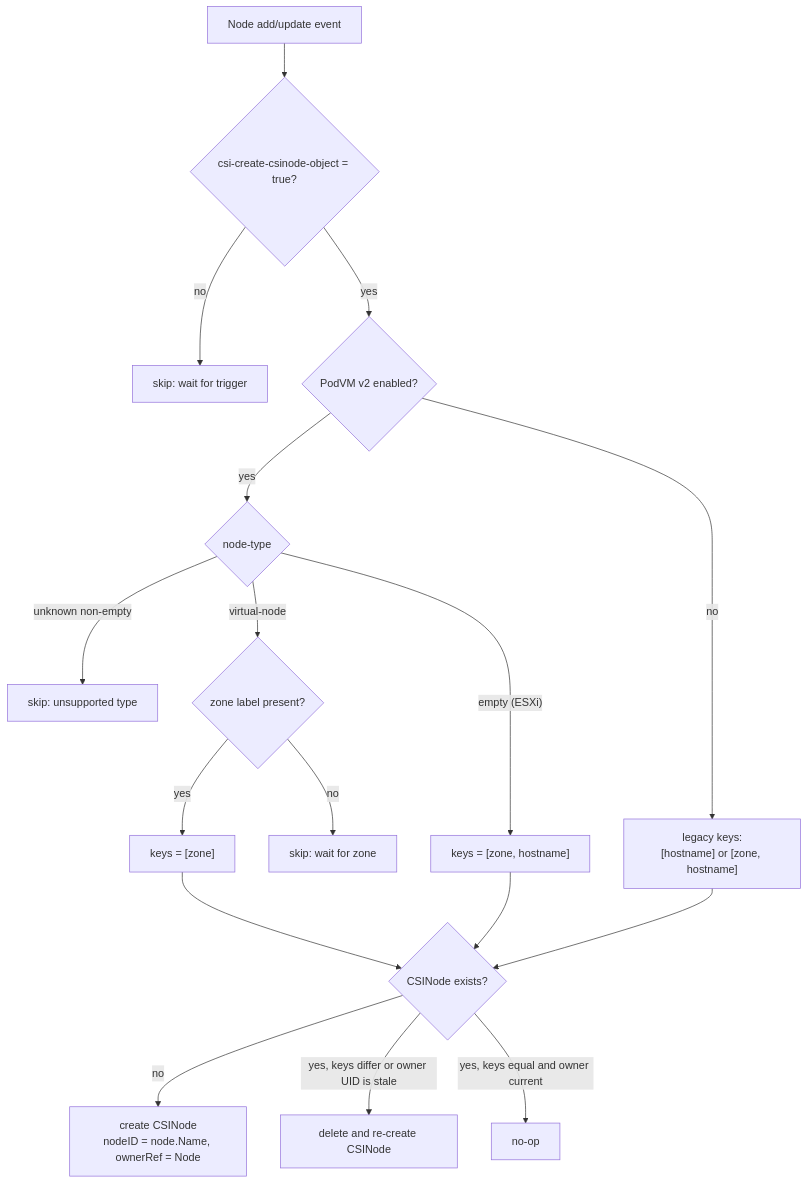
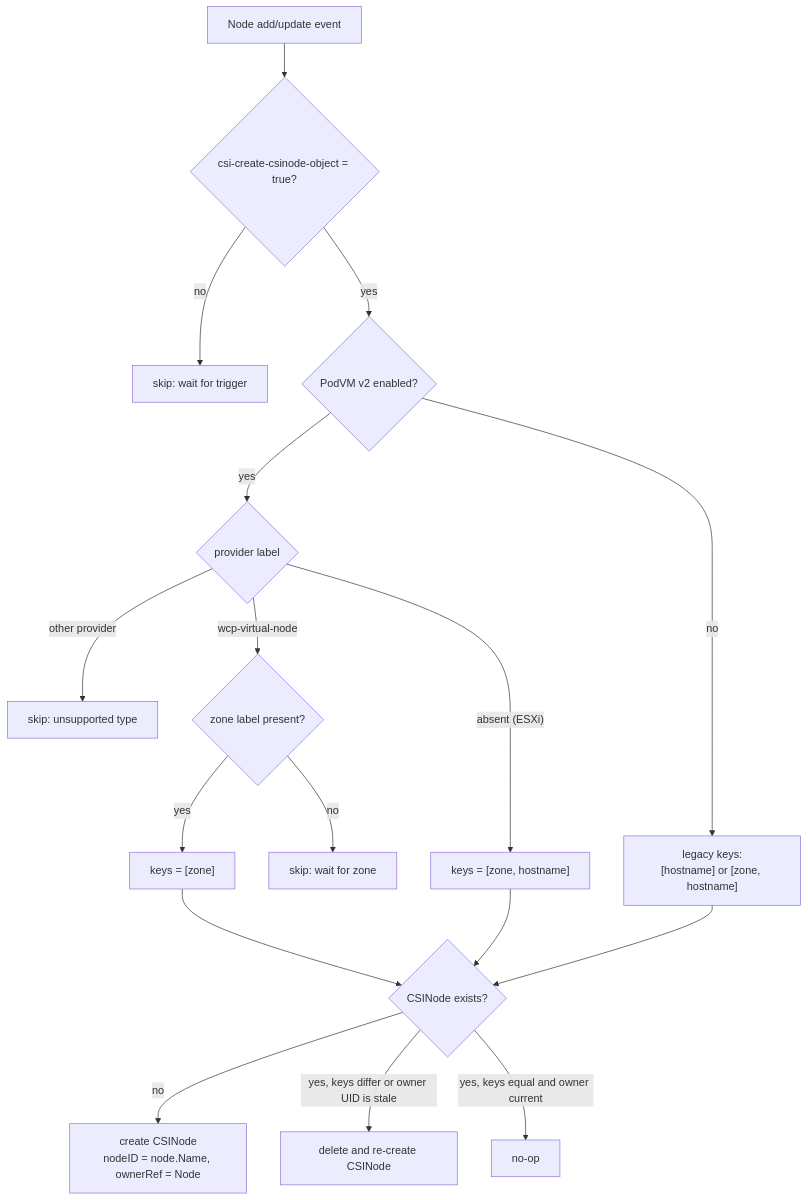
The fourth of 5 diagrams in spec/podvmv2-changes-for-zonal-volume/design.md (kubernetes-sigs/vsphere-csi-driver), drawn with Mermaid before and after one commit. The commit also changed other lines of this file and 9 other files, not shown here.

First line of the commit message:
Identify PodVM v2 VirtualNodes by the virtual-kubelet provider label (#4458)

````diff
--- a/spec/podvmv2-changes-for-zonal-volume/design.md
+++ b/spec/podvmv2-changes-for-zonal-volume/design.md
@@ -319,19 +331,19 @@
 ```mermaid
 flowchart TD
     S["Node add/update event"] --> T{"csi-create-csinode-object = true?"}
     T -- no --> W1[skip: wait for trigger]
     T -- yes --> F{"PodVM v2 enabled?"}
     F -- no --> L["legacy keys:<br/>[hostname] or [zone, hostname]"]
-    F -- yes --> K{"node-type"}
-    K -- "unknown non-empty" --> W2[skip: unsupported type]
-    K -- "virtual-node" --> Z{"zone label present?"}
+    F -- yes --> K{"provider label"}
+    K -- "other provider" --> W2[skip: unsupported type]
+    K -- "wcp-virtual-node" --> Z{"zone label present?"}
     Z -- no --> W3[skip: wait for zone]
     Z -- yes --> VK["keys = [zone]"]
-    K -- "empty (ESXi)" --> EK["keys = [zone, hostname]"]
+    K -- "absent (ESXi)" --> EK["keys = [zone, hostname]"]
     VK --> G{"CSINode exists?"}
     EK --> G
     L --> G
     G -- no --> C[create CSINode<br/>nodeID = node.Name, ownerRef = Node]
     G -- "yes, keys differ or owner UID is stale" --> RC[delete and re-create CSINode]
     G -- "yes, keys equal and owner current" --> OK[no-op]
 ```
````
